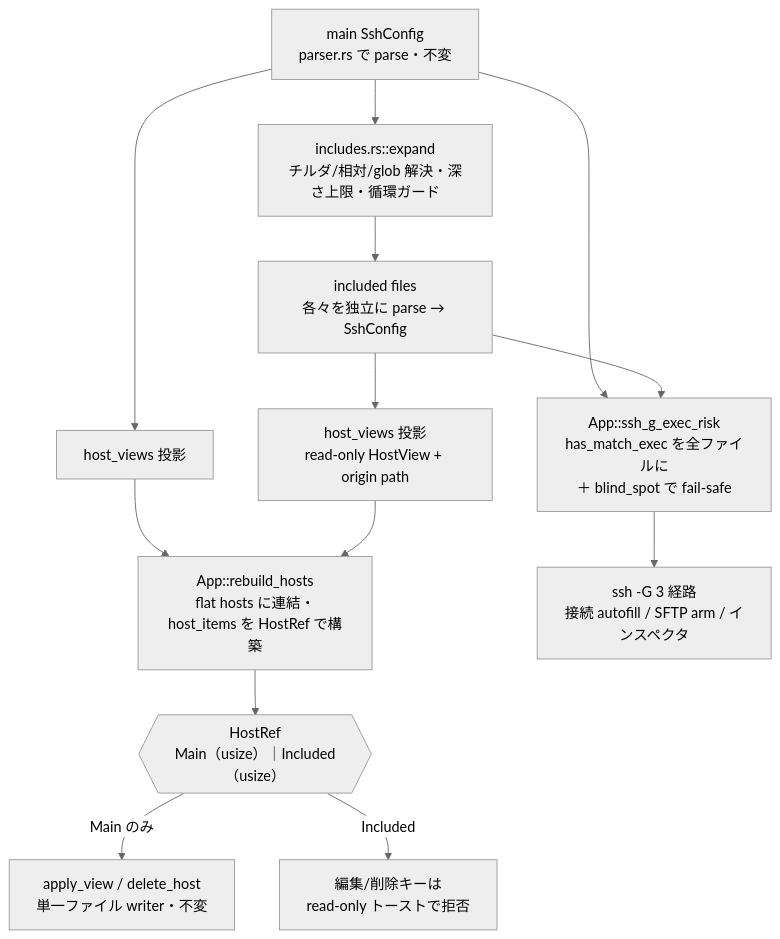
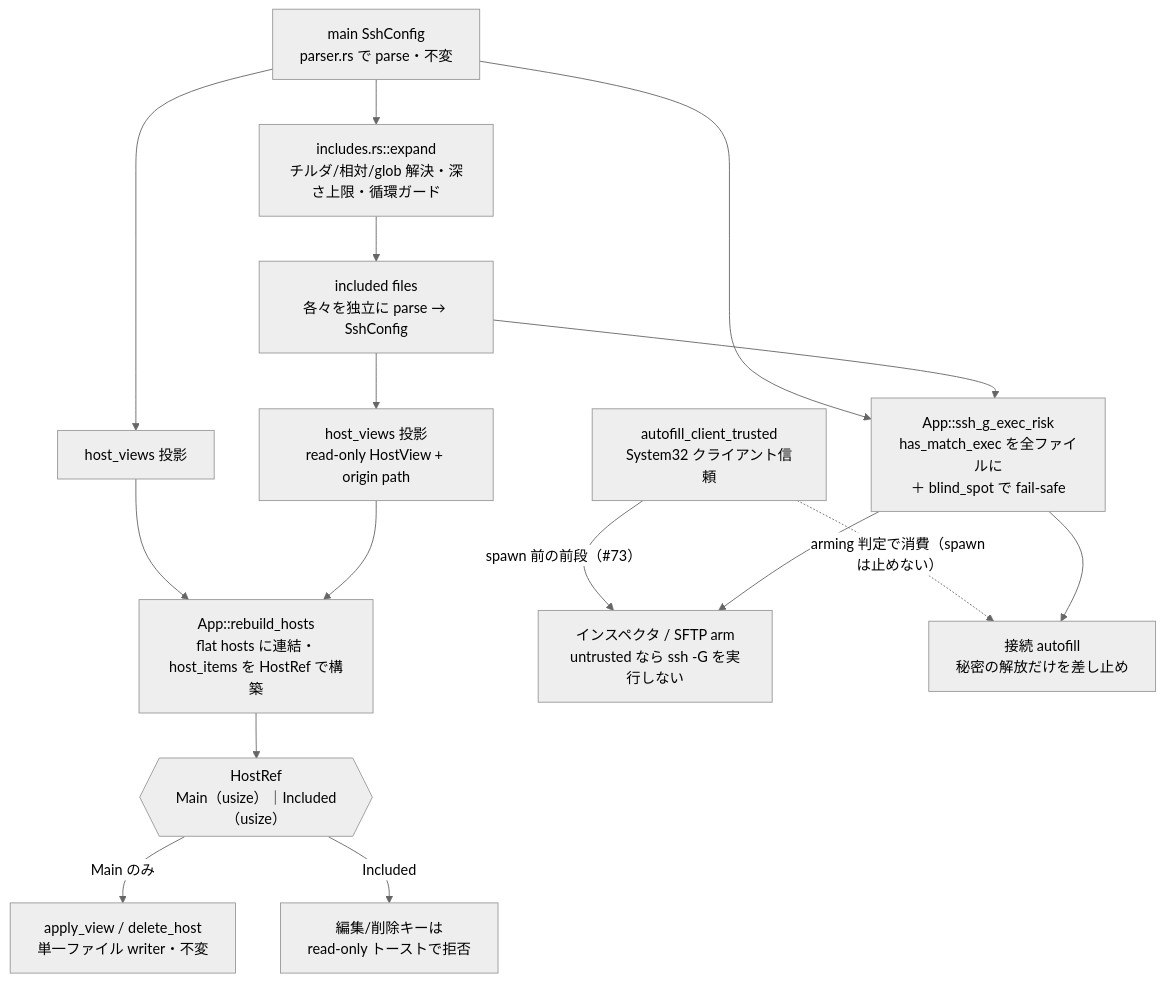
Before and after one commit to nakaba-lab/ssh-manager-tui: the first of 2 diagrams in docs/design/includes.md, drawn with Mermaid (neutral theme). The commit also changed other lines of this file and 4 other files, not shown here.

````diff
--- a/docs/design/includes.md
+++ b/docs/design/includes.md
@@ -19,15 +19,18 @@
 ```mermaid
 flowchart TB
     main[main SshConfig<br/>parser.rs で parse・不変] --> expand[includes.rs::expand<br/>チルダ/相対/glob 解決・深さ上限・循環ガード]
     expand --> incparse[included files<br/>各々を独立に parse → SshConfig]
     incparse --> incviews[host_views 投影<br/>read-only HostView + origin path]
     main --> mainviews[host_views 投影]
     mainviews --> rebuild[App::rebuild_hosts<br/>flat hosts に連結・host_items を HostRef で構築]
     incviews --> rebuild
     rebuild --> hostref{{HostRef<br/>Main（usize）｜Included（usize）}}
     hostref -->|Main のみ| write[apply_view / delete_host<br/>単一ファイル writer・不変]
     hostref -->|Included| refuse[編集/削除キーは<br/>read-only トーストで拒否]
     main --> scan[App::ssh_g_exec_risk<br/>has_match_exec を全ファイルに<br/>＋ blind_spot で fail-safe]
     incparse --> scan
-    scan --> gates[ssh -G 3 経路<br/>接続 autofill / SFTP arm / インスペクタ]
+    trust[autofill_client_trusted<br/>System32 クライアント信頼] -->|spawn 前の前段（#73）| early[インスペクタ / SFTP arm<br/>untrusted なら ssh -G を実行しない]
+    trust -.->|arming 判定で消費（spawn は止めない）| conn[接続 autofill<br/>秘密の解放だけを差し止め]
+    scan --> early
+    scan --> conn
 ```
````
